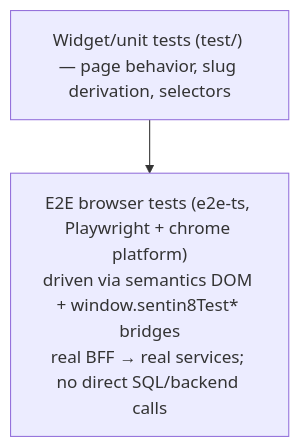
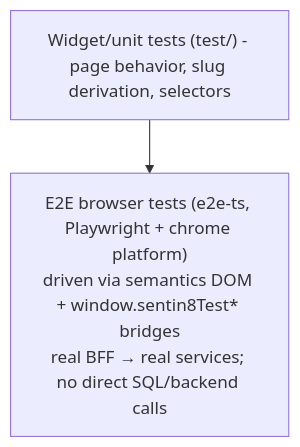
The ninth of 9 diagrams in docs/apps/dash/design.md (Sentin8/sentin8-site), drawn with Mermaid before and after one commit. The commit also changed other lines of this file and 105 other files, not shown here.

````diff
--- a/docs/apps/dash/design.md
+++ b/docs/apps/dash/design.md
@@ -389,6 +389,6 @@
 ```mermaid
 graph TD
-    U["Widget/unit tests (test/) — page behavior, slug derivation, selectors"]
+    U["Widget/unit tests (test/) - page behavior, slug derivation, selectors"]
     E["E2E browser tests (e2e-ts, Playwright + chrome platform)<br/>driven via semantics DOM + window.sentin8Test* bridges<br/>real BFF → real services; no direct SQL/backend calls"]
     U --> E
 ```
````
